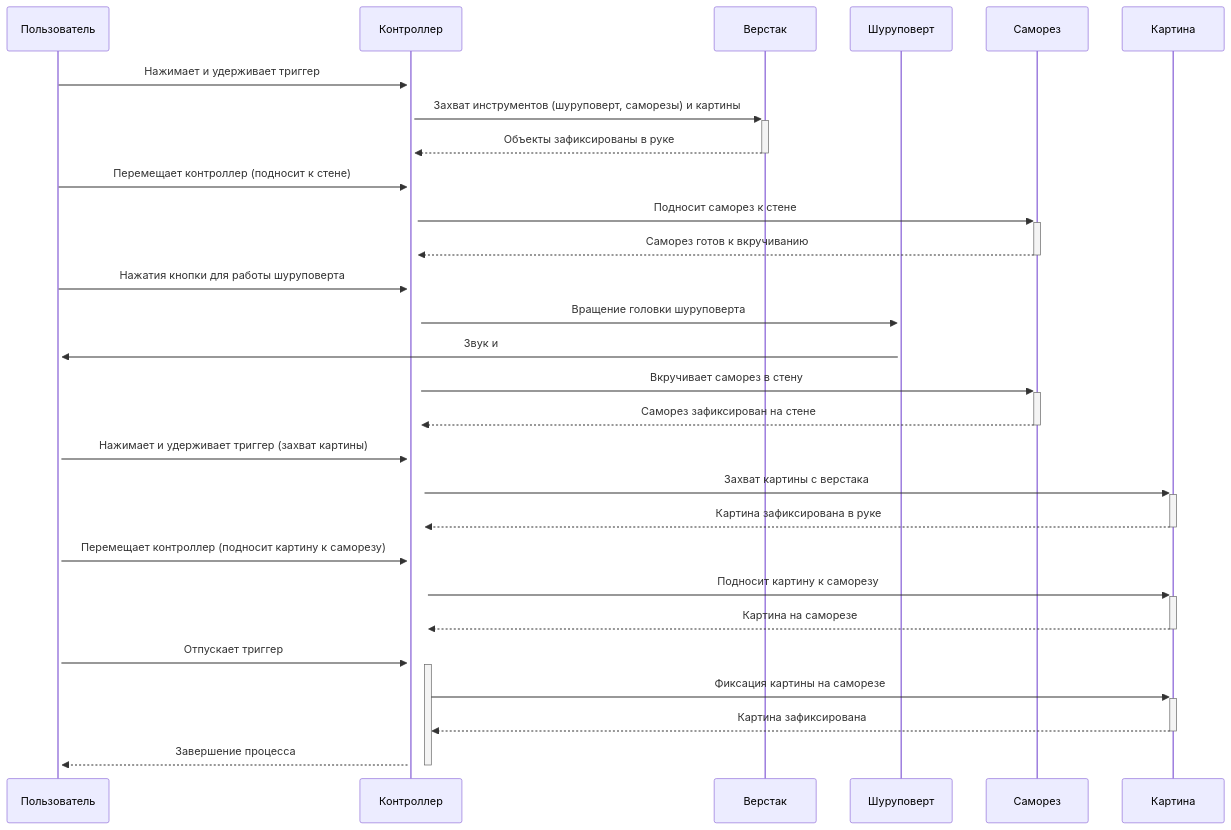
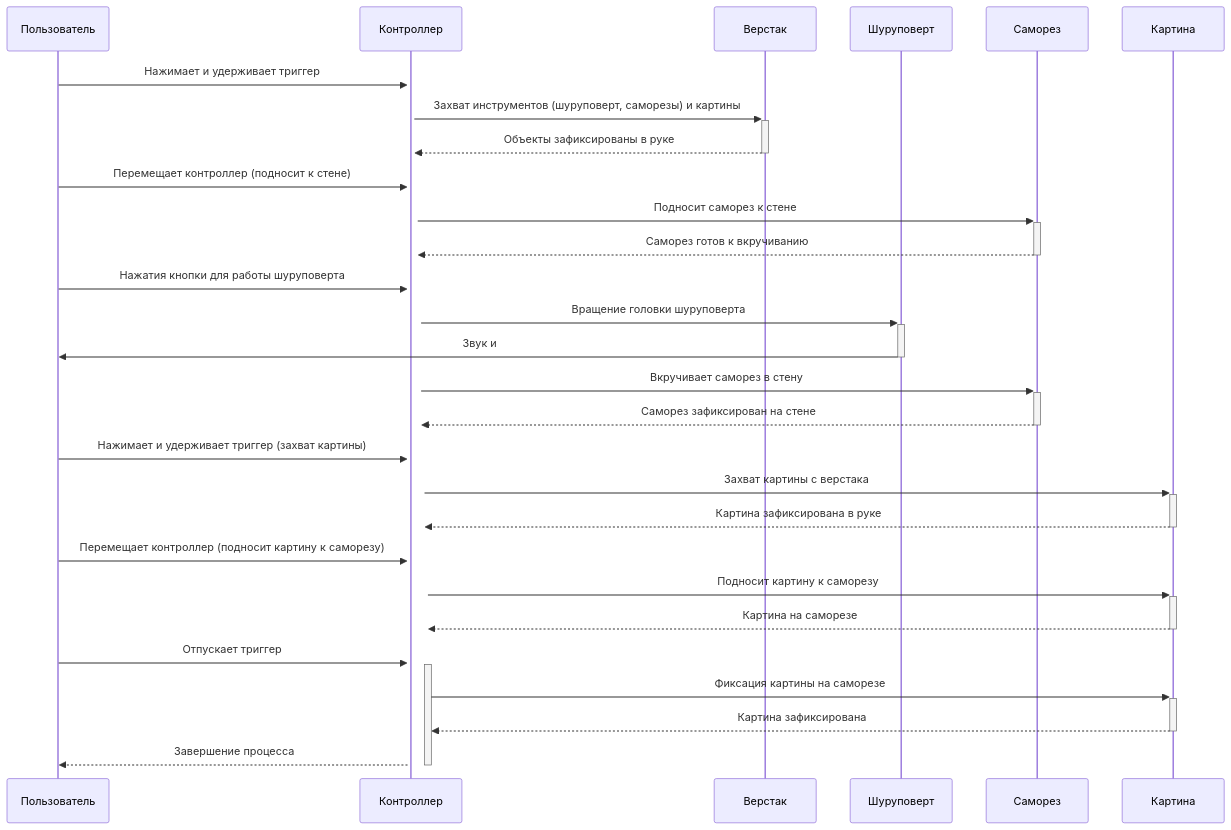
The diagram in all/не называться-1.md (NerdyCep/iodraw-files), drawn with Mermaid before and after one commit.

Commit message:
2025-02-25 18:28:29 update

````diff
--- a/all/не называться-1.md
+++ b/all/не называться-1.md
@@ -1,32 +1,32 @@
 ```mermaid
 sequenceDiagram
     participant Пользователь
     participant Контроллер
     participant Верстак
     participant Шуруповерт
     participant Саморез
     participant Картина
     
 
     Пользователь->>+Контроллер: Нажимает и удерживает триггер
     Контроллер->>+Верстак: Захват инструментов (шуруповерт, саморезы) и картины
     Верстак-->>-Контроллер: Объекты зафиксированы в руке
     Пользователь->>+Контроллер: Перемещает контроллер (подносит к стене)
     Контроллер->>+Саморез: Подносит саморез к стене
     Саморез-->>-Контроллер: Саморез готов к вкручиванию
     Пользователь->>+Контроллер: Нажатия кнопки для работы шуруповерта
     Контроллер->>+Шуруповерт: Вращение головки шуруповерта
-    Шуруповерт->>+Пользователь: Звук и 
+    Шуруповерт->>-Пользователь: Звук и 
     Контроллер->>+Саморез: Вкручивает саморез в стену
     Саморез-->>-Контроллер: Саморез зафиксирован на стене
     Пользователь->>+Контроллер: Нажимает и удерживает триггер (захват картины)
     Контроллер->>+Картина: Захват картины с верстака
     Картина-->>-Контроллер: Картина зафиксирована в руке
     Пользователь->>+Контроллер: Перемещает контроллер (подносит картину к саморезу)
     Контроллер->>+Картина: Подносит картину к саморезу
     Картина-->>-Контроллер: Картина на саморезе
     Пользователь->>+Контроллер: Отпускает триггер
     Контроллер->>+Картина: Фиксация картины на саморезе
     Картина-->>-Контроллер: Картина зафиксирована
     Контроллер-->>-Пользователь: Завершение процесса
 ```
````
